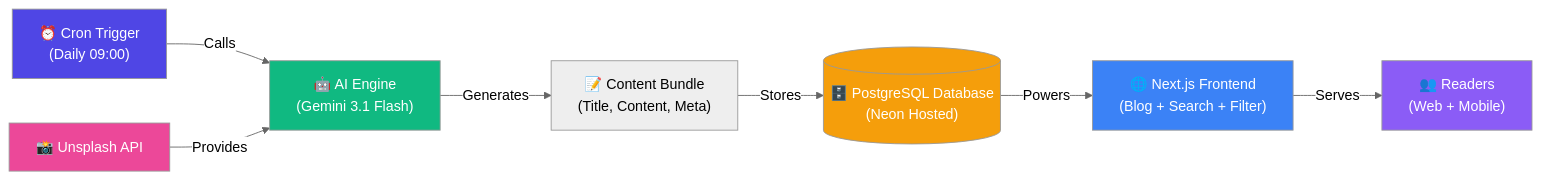
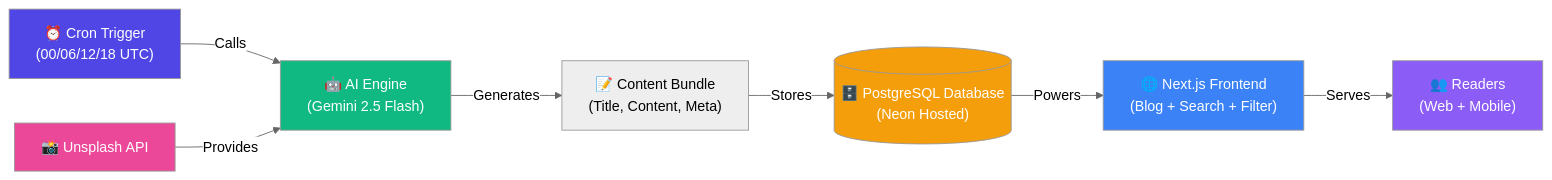
One commit to wayphantomme/impact-stories-blog-automation changed the first of 3 diagrams in README.md. Above: the diagram before and after it, drawn with Mermaid (neutral theme). The commit also changed other lines of this file and 2 other files, not shown here.

Commit message:
Schedule cron posts four times daily

````diff
--- a/README.md
+++ b/README.md
@@ -87,17 +87,17 @@
 ```mermaid
 graph LR
-    A["⏰ Cron Trigger<br/>(Daily 09:00)"] -->|Calls| B["🤖 AI Engine<br/>(Gemini 3.1 Flash)"]
+    A["⏰ Cron Trigger<br/>(00/06/12/18 UTC)"] -->|Calls| B["🤖 AI Engine<br/>(Gemini 2.5 Flash)"]
     B -->|Generates| C["📝 Content Bundle<br/>(Title, Content, Meta)"]
     C -->|Stores| D[("🗄️ PostgreSQL Database<br/>(Neon Hosted)")]
     D -->|Powers| E["🌐 Next.js Frontend<br/>(Blog + Search + Filter)"]
     E -->|Serves| F["👥 Readers<br/>(Web + Mobile)"]
     
     G["📸 Unsplash API"] -->|Provides| B
     
     style A fill:#4F46E5,color:#fff
     style B fill:#10B981,color:#fff
     style D fill:#F59E0B,color:#fff
     style E fill:#3B82F6,color:#fff
     style F fill:#8B5CF6,color:#fff
     style G fill:#EC4899,color:#fff
 ```
````
